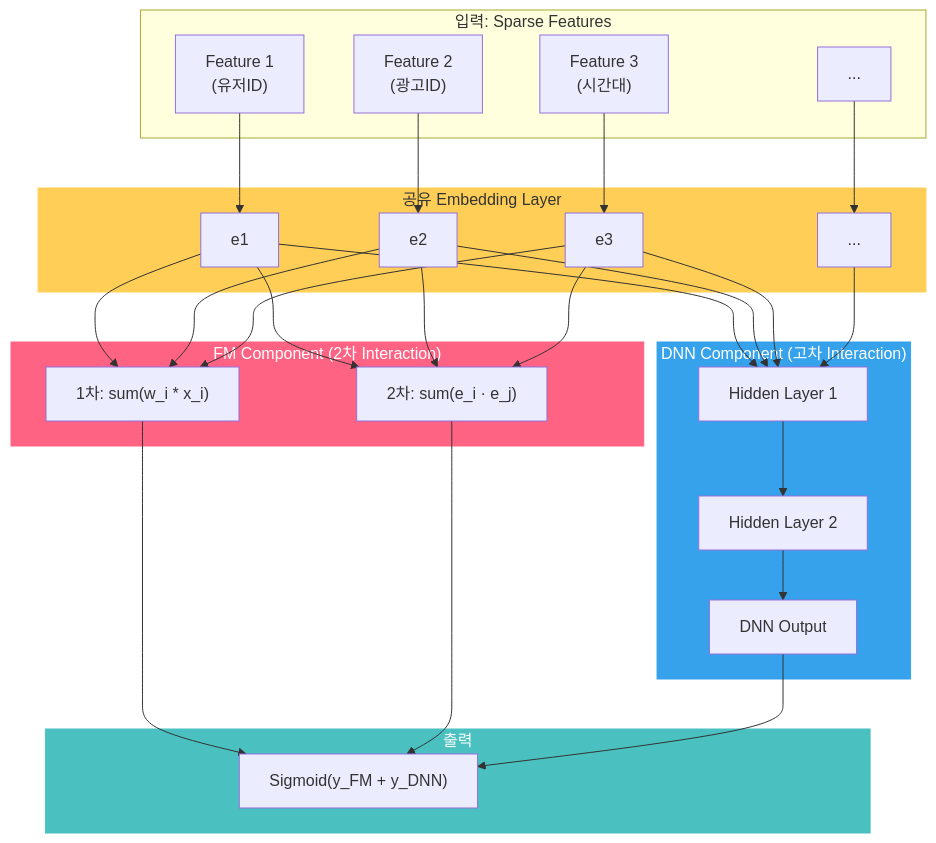
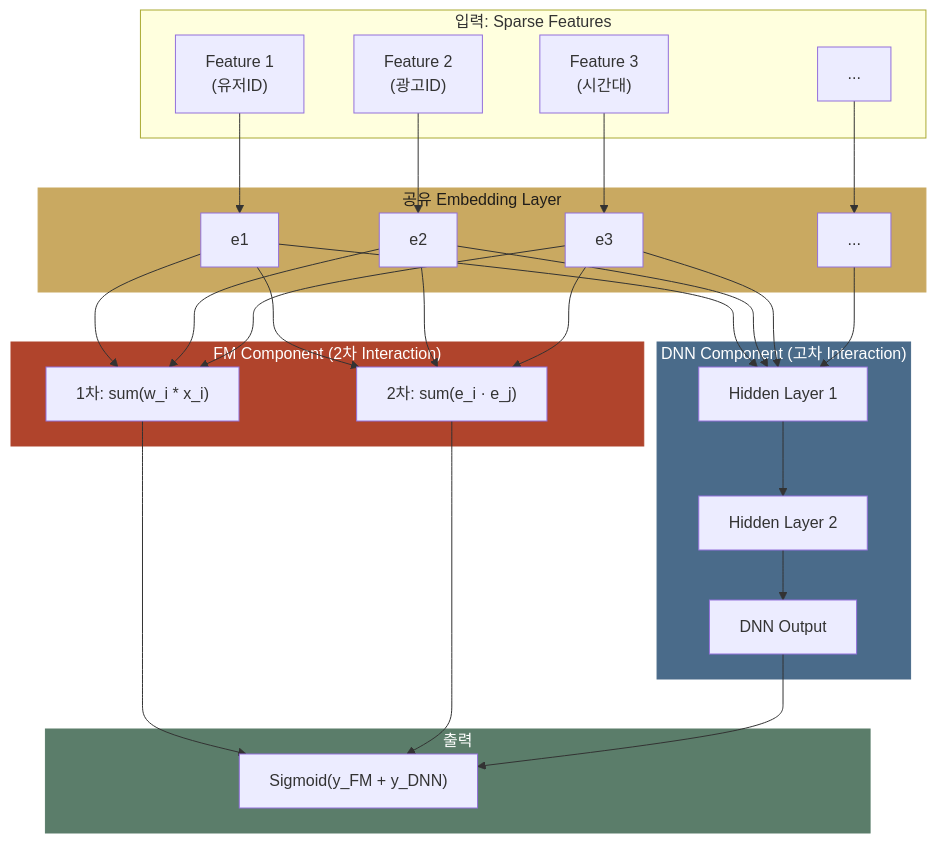
Before and after one commit to chkimsu/adtech-blog: the second of 5 diagrams in posts/deep-ctr-models.md, drawn with Mermaid. The commit also changed other lines of this file and 40 other files, not shown here.

````diff
--- a/posts/deep-ctr-models.md
+++ b/posts/deep-ctr-models.md
@@ -429,59 +429,59 @@
 ```mermaid
 graph TD
     subgraph Input["입력: Sparse Features"]
         F1["Feature 1<br/>(유저ID)"]
         F2["Feature 2<br/>(광고ID)"]
         F3["Feature 3<br/>(시간대)"]
         FN["..."]
     end
 
     subgraph EmbeddingLayer["공유 Embedding Layer"]
         E1["e1"]
         E2["e2"]
         E3["e3"]
         EN["..."]
     end
 
     subgraph FM_Component["FM Component (2차 Interaction)"]
         FM_ADD["1차: sum(w_i * x_i)"]
         FM_INNER["2차: sum(e_i · e_j)"]
     end
 
     subgraph DNN_Component["DNN Component (고차 Interaction)"]
         DNN_H1["Hidden Layer 1"]
         DNN_H2["Hidden Layer 2"]
         DNN_OUT["DNN Output"]
     end
 
     F1 --> E1
     F2 --> E2
     F3 --> E3
     FN --> EN
 
     E1 --> FM_ADD
     E2 --> FM_ADD
     E3 --> FM_ADD
     E1 --> FM_INNER
     E2 --> FM_INNER
     E3 --> FM_INNER
 
     E1 --> DNN_H1
     E2 --> DNN_H1
     E3 --> DNN_H1
     EN --> DNN_H1
     DNN_H1 --> DNN_H2
     DNN_H2 --> DNN_OUT
 
     subgraph Output["출력"]
         SIG["Sigmoid(y_FM + y_DNN)"]
     end
 
     FM_ADD --> SIG
     FM_INNER --> SIG
     DNN_OUT --> SIG
 
-    style FM_Component fill:#ff6384,stroke:#ff6384,color:#fff
-    style DNN_Component fill:#36a2eb,stroke:#36a2eb,color:#fff
-    style EmbeddingLayer fill:#ffce56,stroke:#ffce56,color:#333
-    style Output fill:#4bc0c0,stroke:#4bc0c0,color:#fff
+    style FM_Component fill:#b0442c,stroke:#b0442c,color:#fff
+    style DNN_Component fill:#4a6b8a,stroke:#4a6b8a,color:#fff
+    style EmbeddingLayer fill:#c9a961,stroke:#c9a961,color:#201d1a
+    style Output fill:#5b7d6a,stroke:#5b7d6a,color:#fff
 ```
````
